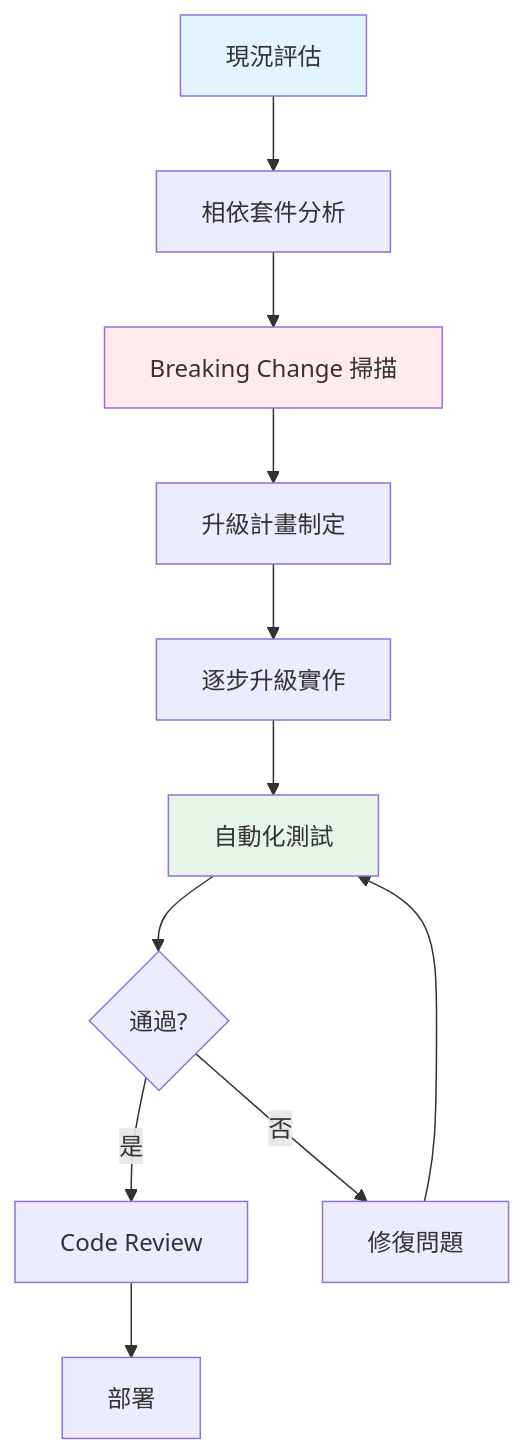
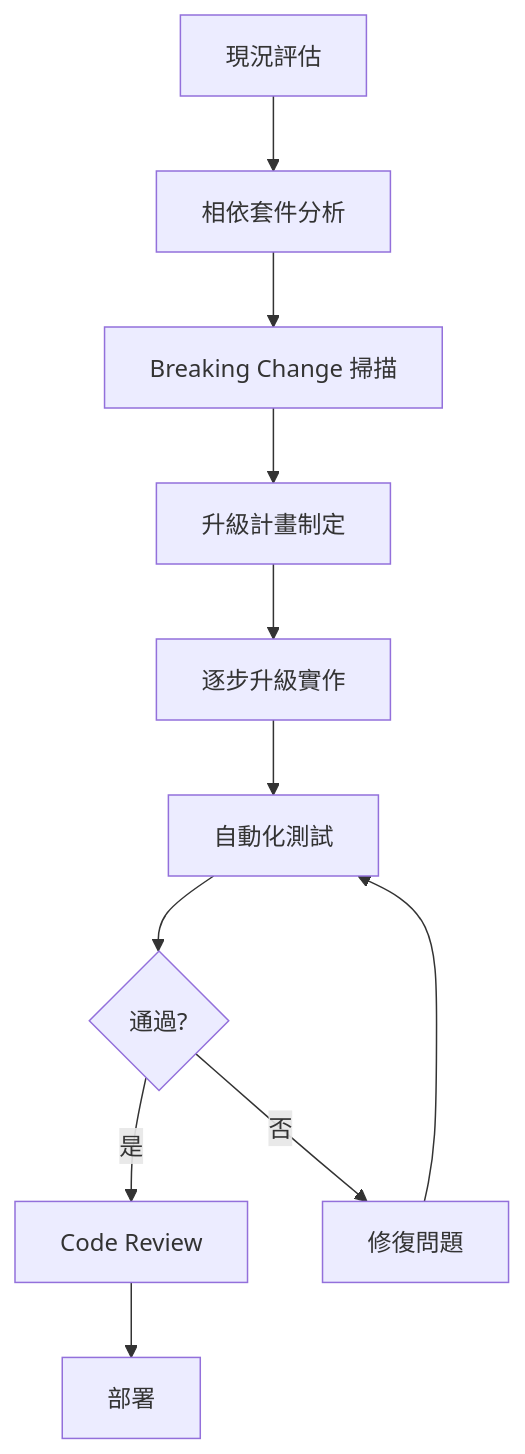
Diagram 13 of 27 in content/posts/教學/AI開發/free-claude-code 教學手冊.md (chihhung/Blog), drawn with Mermaid before and after one commit. The commit also changed other lines of this file and 1 other file, not shown here.

````diff
--- a/content/posts/教學/AI開發/free-claude-code 教學手冊.md
+++ b/content/posts/教學/AI開發/free-claude-code 教學手冊.md
@@ -1364,17 +2168,13 @@
 ```mermaid
 graph TD
     A[現況評估] --> B[相依套件分析]
     B --> C[Breaking Change 掃描]
     C --> D[升級計畫制定]
     D --> E[逐步升級實作]
     E --> F[自動化測試]
     F --> G{通過?}
     G -->|是| H[Code Review]
     G -->|否| I[修復問題]
     I --> F
     H --> J[部署]
-
-    style A fill:#e1f5fe
-    style C fill:#ffebee
-    style F fill:#e8f5e9
 ```
````
